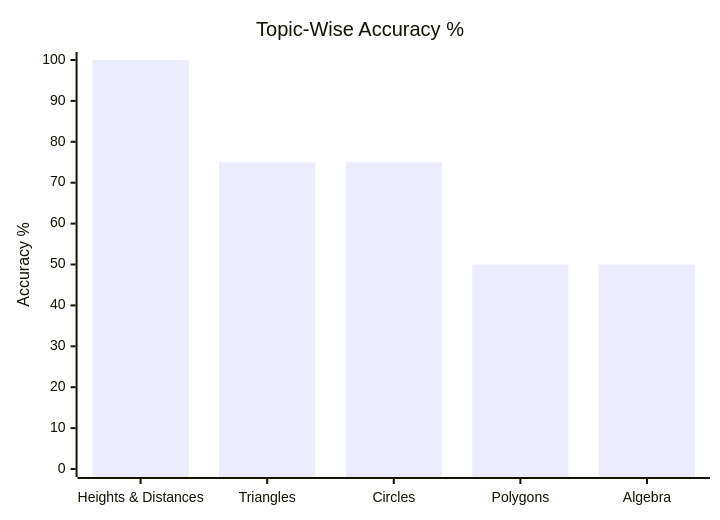
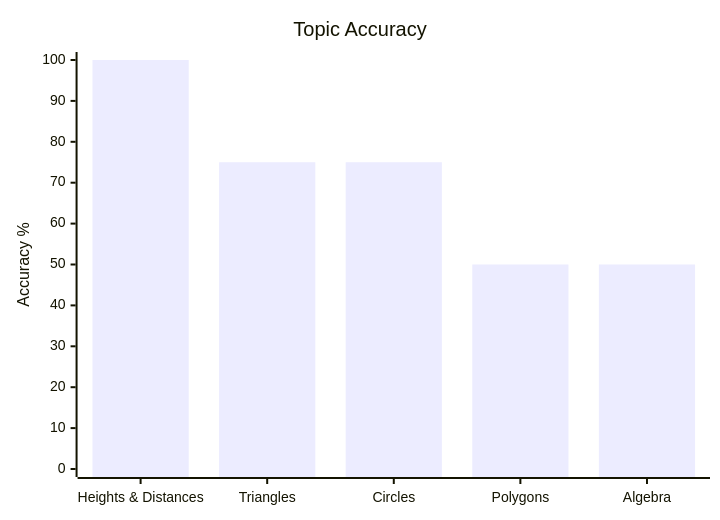
The second of 5 diagrams in content/cds/elementary-mathematics/elementary_mathematics_overview.md (skc-coder/SAGE), drawn with Mermaid before and after one commit. The commit also changed other lines of this file and 3 other files, not shown here.

First line of the commit message:
fix(skill): relocate Chapter/Topic accuracy charts to Overview pages and enforce concise Mermaid graph titles

````diff
--- a/content/cds/elementary-mathematics/elementary_mathematics_overview.md
+++ b/content/cds/elementary-mathematics/elementary_mathematics_overview.md
@@ -21,7 +22,7 @@
 ```mermaid
 xychart-beta
-    title "Topic-Wise Accuracy %"
+    title "Topic Accuracy"
     x-axis ["Heights & Distances", "Triangles", "Circles", "Polygons", "Algebra"]
     y-axis "Accuracy %" 0 --> 100
     bar [100, 75, 75, 50, 50]
 ```
````
